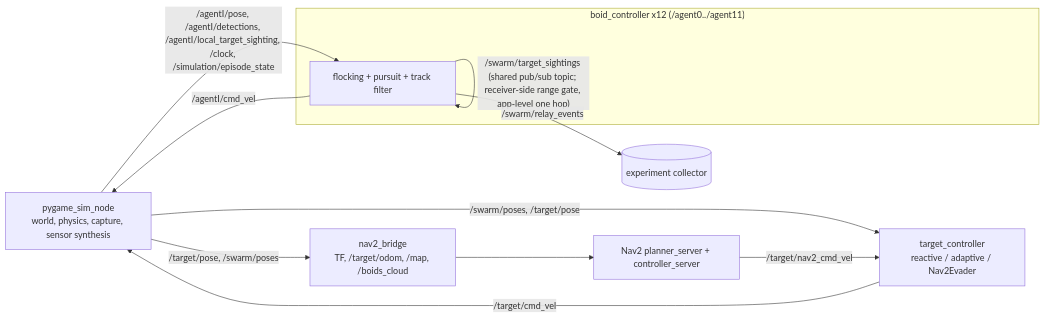
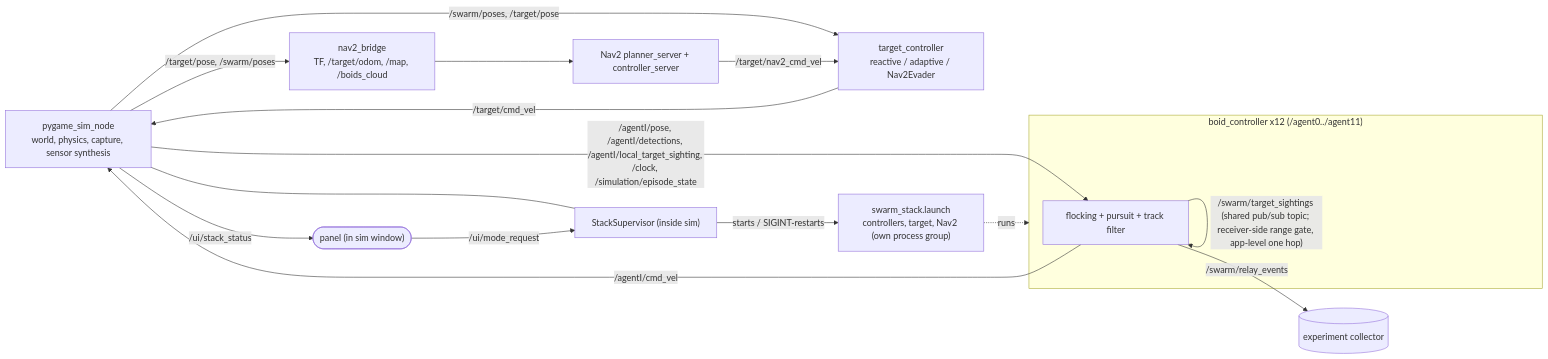
Before and after one commit to Jadiouo/boids-swarm-pursuit: the diagram in README.md, drawn with Mermaid. The commit also changed other lines of this file and 4 other files, not shown here.

````diff
--- a/README.md
+++ b/README.md
@@ -24,19 +29,26 @@
 ```mermaid
 flowchart LR
   sim["pygame_sim_node<br/>world, physics, capture, sensor synthesis"]
   subgraph agents["boid_controller x12 (/agent0../agent11)"]
     ctl["flocking + pursuit + track filter"]
   end
   tgt["target_controller<br/>reactive / adaptive / Nav2Evader"]
   br["nav2_bridge<br/>TF, /target/odom, /map, /boids_cloud"]
   nav["Nav2 planner_server + controller_server"]
+  sup["StackSupervisor (inside sim)"]
+  stack["swarm_stack.launch<br/>controllers, target, Nav2 (own process group)"]
   sim -- "/agentI/pose, /agentI/detections, /agentI/local_target_sighting, /clock, /simulation/episode_state" --> ctl
   ctl -- "/agentI/cmd_vel" --> sim
   ctl -- "/swarm/target_sightings (shared pub/sub topic; receiver-side range gate, app-level one hop)" --> ctl
   ctl -- "/swarm/relay_events" --> log[(experiment collector)]
   sim -- "/swarm/poses, /target/pose" --> tgt
   tgt -- "/target/cmd_vel" --> sim
   sim -- "/target/pose, /swarm/poses" --> br
   br --> nav
   nav -- "/target/nav2_cmd_vel" --> tgt
+  sim --- sup
+  sup -- "starts / SIGINT-restarts" --> stack
+  stack -. "runs" .-> agents
+  sim -- "/ui/stack_status" --> panel(["panel (in sim window)"])
+  panel -- "/ui/mode_request" --> sup
 ```
````
